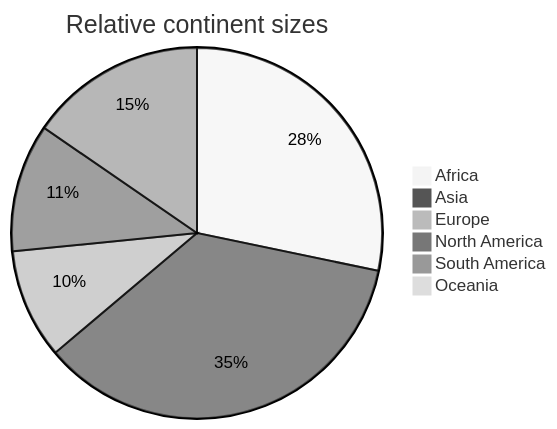
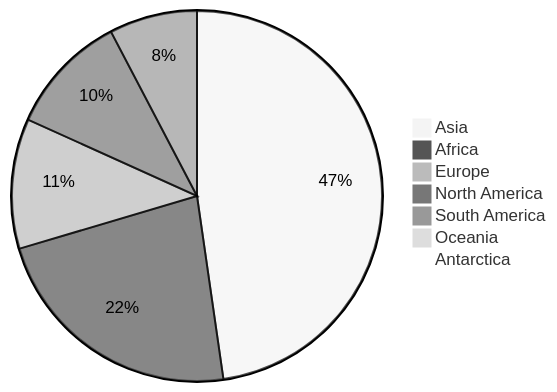
Before and after one commit to antononcube/Raku-LLM-Functions: the fifth of 7 diagrams in docs/Workflows-with-LLM-functions_woven.md, drawn with Mermaid (neutral theme). The commit also changed other lines of this file and 1 other file, not shown here.

````diff
--- a/docs/Workflows-with-LLM-functions_woven.md
+++ b/docs/Workflows-with-LLM-functions_woven.md
@@ -781,9 +803,10 @@
 ```mermaid
-pie title Relative continent sizes
-    "Africa" : 23.3
-    "Asia" : 29.3
-    "Europe" : 7.9
-    "North America" : 9.2
-    "South America" : 12.7
-    "Oceania" : 0.7
+pie 
+    "Asia" : 42.9
+    "Africa" : 20.4
+    "Europe" : 10.2
+    "North America" : 9.5
+    "South America" : 6.9
+    "Oceania" : 0.8
+    "Antarctica" : 0.2
 ```
````
